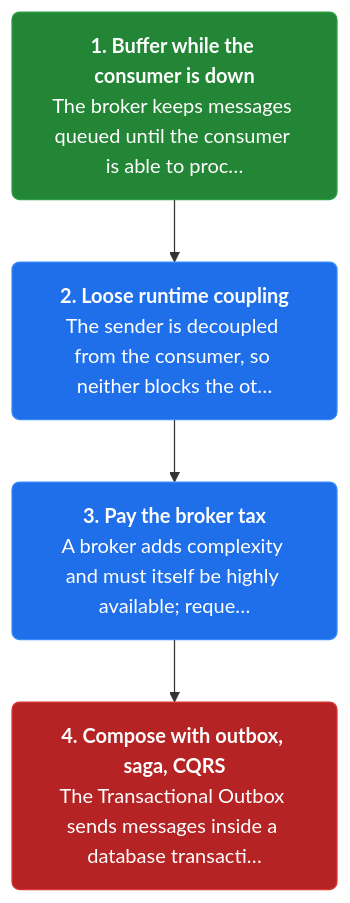
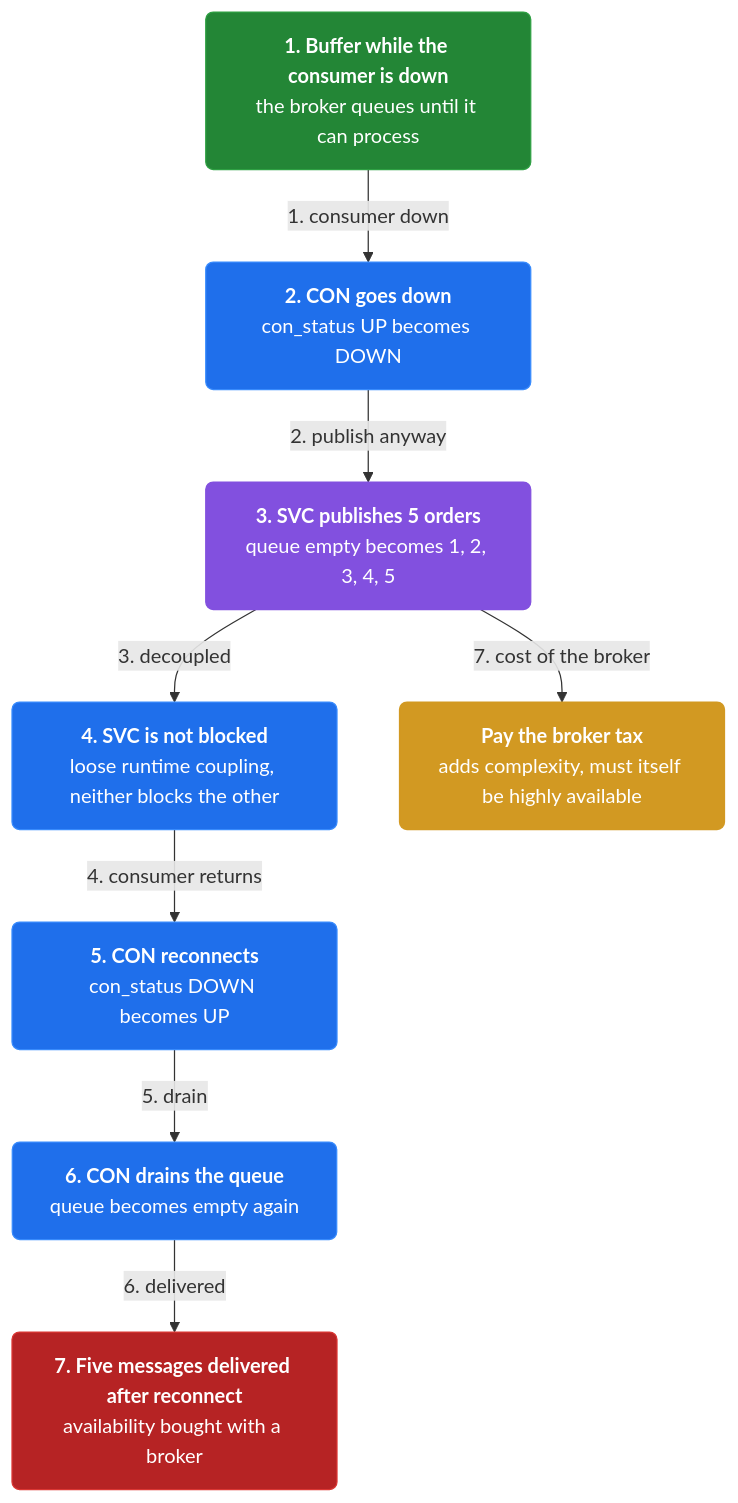
Before and after one commit to vinayakuber/microservices-io-study-guide: the fourth of 4 diagrams in docs/ch05-messaging.md, drawn with Mermaid. The commit also changed other lines of this file and 46 other files, not shown here.

First line of the commit message:
Author rich branching flow diagrams for all 44 chapters

````diff
--- a/docs/ch05-messaging.md
+++ b/docs/ch05-messaging.md
@@ -136,13 +170,23 @@
 ```mermaid
 flowchart TD
-  classDef step fill:#1f6feb,color:#ffffff,stroke:#388bfd,stroke-width:1px,rx:6
+  classDef step fill:#1f6feb,color:#ffffff,stroke:#388bfd,rx:6
+  classDef core fill:#8250df,color:#ffffff,stroke:#8250df,rx:6
+  classDef warn fill:#d29922,color:#ffffff,stroke:#d29922,rx:6
   classDef start fill:#238636,color:#ffffff,stroke:#2ea043,rx:6
   classDef stop fill:#b62324,color:#ffffff,stroke:#da3633,rx:6
-  s3n0["<b>1. Buffer while the consumer is down</b><br/>The broker keeps messages queued until the consumer is able to proc…"]:::start
-  s3n1["<b>2. Loose runtime coupling</b><br/>The sender is decoupled from the consumer, so neither blocks the ot…"]:::step
-  s3n2["<b>3. Pay the broker tax</b><br/>A broker adds complexity and must itself be highly available; reque…"]:::step
-  s3n3["<b>4. Compose with outbox, saga, CQRS</b><br/>The Transactional Outbox sends messages inside a database transacti…"]:::stop
-  s3n0 --> s3n1
-  s3n1 --> s3n2
-  s3n2 --> s3n3
+  n0["<b>1. Buffer while the consumer is down</b><br/>the broker queues until it can process"]:::start
+  n1["<b>2. CON goes down</b><br/>con_status UP becomes DOWN"]:::step
+  n2["<b>3. SVC publishes 5 orders</b><br/>queue empty becomes 1, 2, 3, 4, 5"]:::core
+  n3["<b>4. SVC is not blocked</b><br/>loose runtime coupling, neither blocks the other"]:::step
+  n4["<b>5. CON reconnects</b><br/>con_status DOWN becomes UP"]:::step
+  n5["<b>6. CON drains the queue</b><br/>queue becomes empty again"]:::step
+  n6["<b>7. Five messages delivered after reconnect</b><br/>availability bought with a broker"]:::stop
+  n7["<b>Pay the broker tax</b><br/>adds complexity, must itself be highly available"]:::warn
+  n0 -->|"1. consumer down"| n1
+  n1 -->|"2. publish anyway"| n2
+  n2 -->|"3. decoupled"| n3
+  n3 -->|"4. consumer returns"| n4
+  n4 -->|"5. drain"| n5
+  n5 -->|"6. delivered"| n6
+  n2 -->|"7. cost of the broker"| n7
 ```
````
